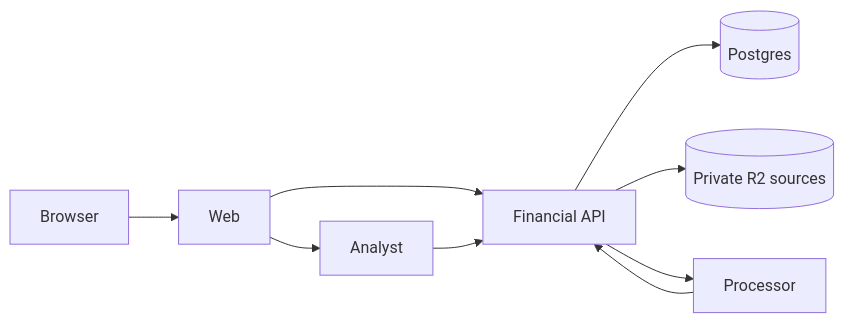
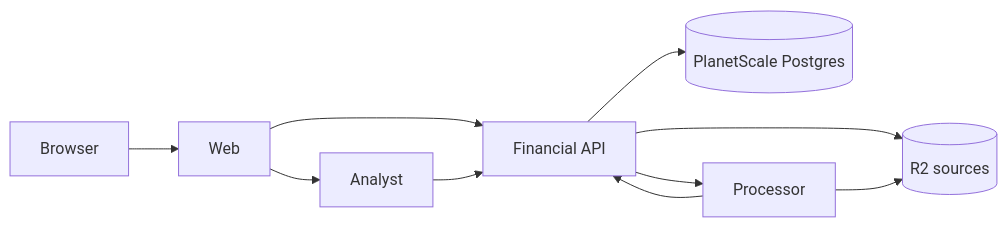
Before and after one commit to AdiRishi/ironcage: the diagram in docs/technical/architecture.mdx, drawn with Mermaid. The commit also changed other lines of this file and 53 other files, not shown here.

````diff
--- a/docs/technical/architecture.mdx
+++ b/docs/technical/architecture.mdx
@@ -17,11 +15,12 @@
 ```mermaid
 flowchart LR
     Browser --> Web
     Web --> API[Financial API]
     Web --> Analyst
-    API --> DB[(Postgres)]
-    API --> Sources[(Private R2 sources)]
+    API --> DB[(PlanetScale Postgres)]
+    API --> Sources[(R2 sources)]
     API --> Processor
     Processor --> API
+    Processor --> Sources
     Analyst --> API
 ```
````
